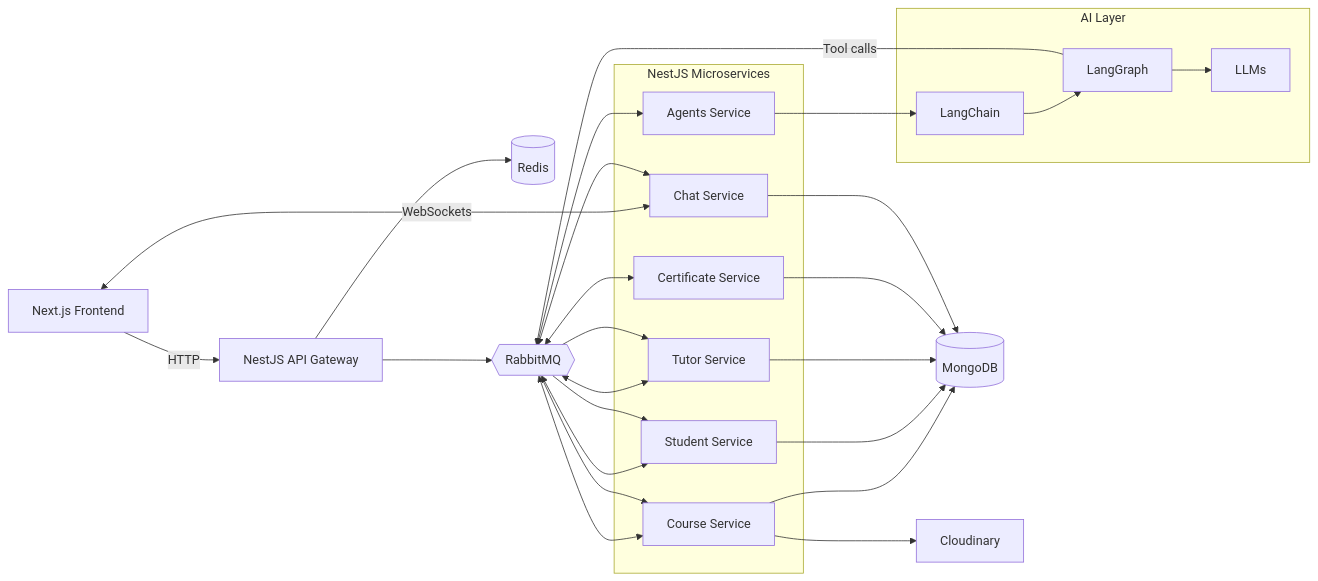
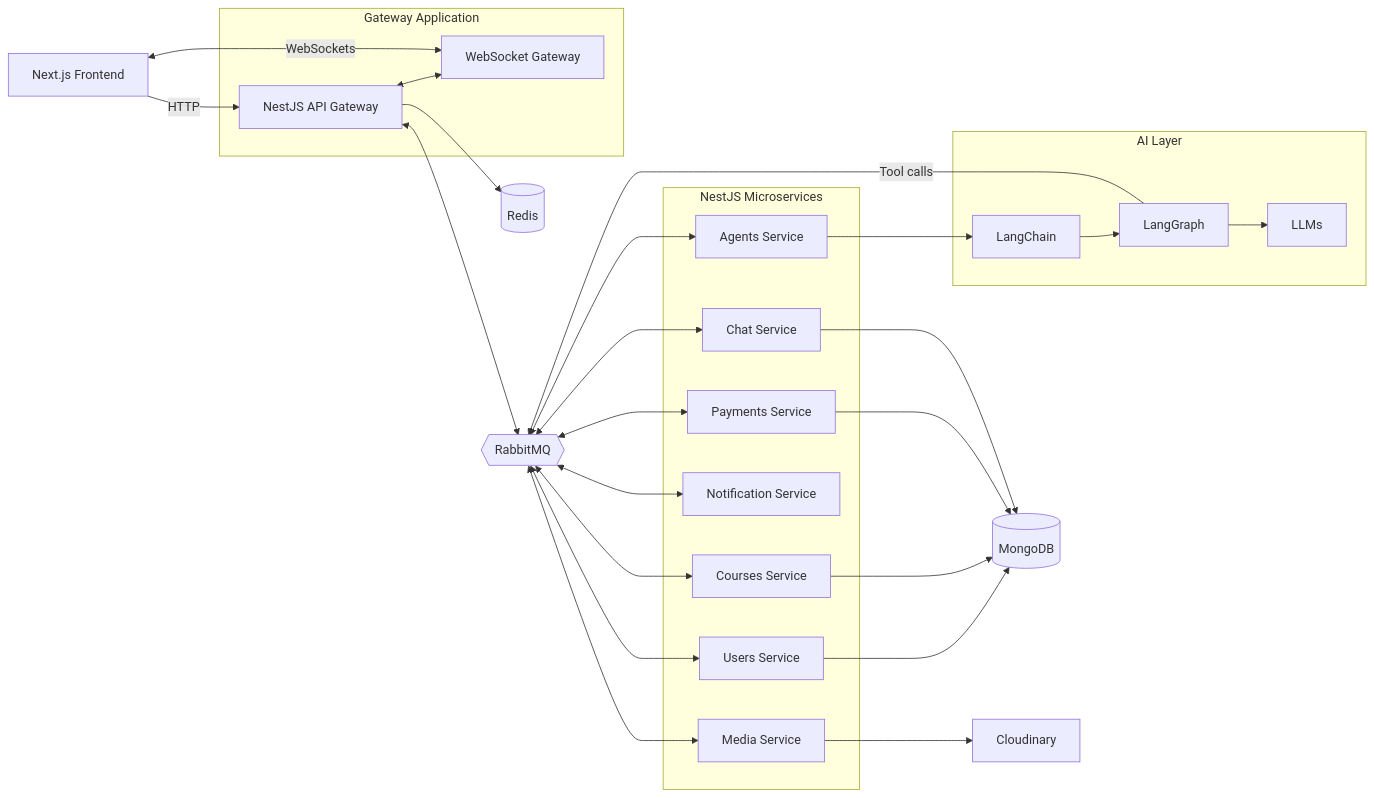
Before and after one commit to Sujan-Bhandari07/lms: the diagram in README.md, drawn with Mermaid. The commit also changed other lines of this file, not shown here.

Commit message:
Revise README for backend service details
Updated README to reflect backend architecture and services.

````diff
--- a/README.md
+++ b/README.md
@@ -82,51 +83,57 @@
 ```mermaid
 flowchart LR
     Client["Next.js Frontend"]
-    Gateway["NestJS API Gateway"]
+
+    subgraph GatewayApp["Gateway Application"]
+        Gateway["NestJS API Gateway"]
+        WS["WebSocket Gateway"]
+        Gateway <--> WS
+    end
 
     subgraph Services["NestJS Microservices"]
-        Course["Course Service"]
-        Student["Student Service"]
-        Tutor["Tutor Service"]
-        Cert["Certificate Service"]
+        Users["Users Service"]
+        Courses["Courses Service"]
+        Payments["Payments Service"]
+        Notification["Notification Service"]
+        Agents["Agents Service"]
         Chat["Chat Service"]
-        AI["Agents Service"]
+        Media["Media Service"]
     end
 
     subgraph AIStack["AI Layer"]
         LC["LangChain"]
         LG["LangGraph"]
         LLM["LLMs"]
     end
 
     Mongo[("MongoDB")]
     Redis[("Redis")]
     MQ{{"RabbitMQ"}}
     Cloud["Cloudinary"]
 
     Client -->|"HTTP"| Gateway
-    Client <-->|"WebSockets"| Chat
-    Gateway --> MQ
-    MQ <--> Course
-    MQ <--> Student
-    MQ <--> Tutor
-    MQ <--> Cert
-    MQ <--> Chat
-    MQ <--> AI
+    Client <-->|"WebSockets"| WS
 
     Gateway --> Redis
-    Course --> Mongo
-    Student --> Mongo
-    Tutor --> Mongo
-    Cert --> Mongo
+    Gateway <--> MQ
+
+    MQ <--> Users
+    MQ <--> Courses
+    MQ <--> Payments
+    MQ <--> Notification
+    MQ <--> Agents
+    MQ <--> Chat
+    MQ <--> Media
+
+    Users --> Mongo
+    Courses --> Mongo
+    Payments --> Mongo
     Chat --> Mongo
-    Course --> Cloud
 
-    AI --> LC
+    Media --> Cloud
+
+    Agents --> LC
     LC --> LG
     LG --> LLM
     LG -->|"Tool calls"| MQ
-    MQ --> Course
-    MQ --> Tutor
-    MQ --> Student
 ```
````
